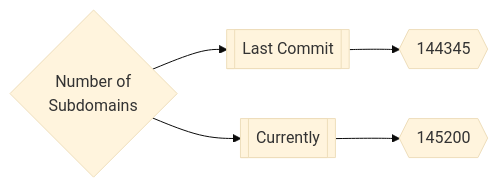
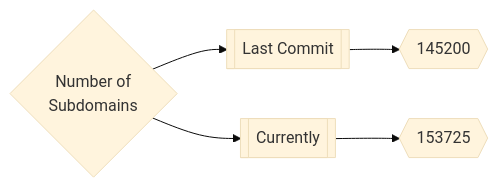
One commit to trickest/inventory changed the first of 3 diagrams in README.md. Above: the diagram before and after it, drawn with Mermaid (base theme). The commit also changed other lines of this file and 84 other files, not shown here.

````diff
--- a/README.md
+++ b/README.md
@@ -165,5 +165,5 @@
 ```mermaid
 graph LR
-title{Number of<br>Subdomains} --> subdomainsDate1[[Last Commit]] --> subdomainsNum1{{144345}}
-title --> subdomainsDate2[[Currently]] --> subdomainsNum2{{145200}}
+title{Number of<br>Subdomains} --> subdomainsDate1[[Last Commit]] --> subdomainsNum1{{145200}}
+title --> subdomainsDate2[[Currently]] --> subdomainsNum2{{153725}}
 ```
````
